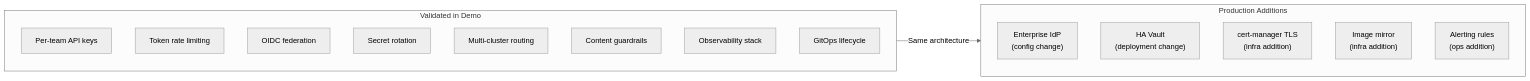
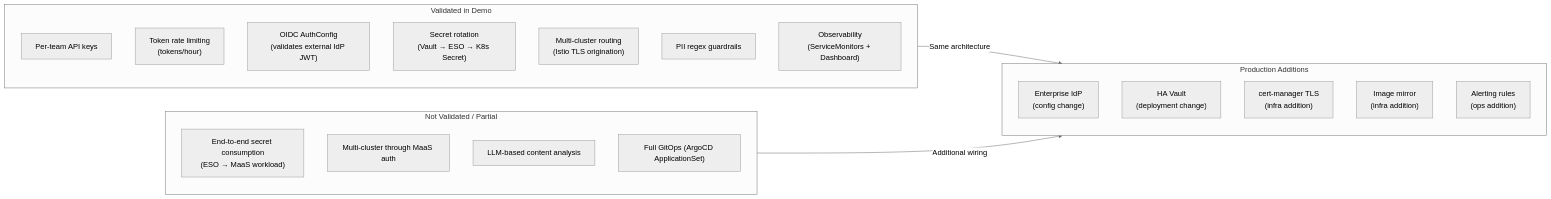
The diagram in docs/gaps-and-considerations.md (rrbanda/maas-demo), drawn with Mermaid (neutral theme) before and after one commit. The commit also changed other lines of this file and 3 other files, not shown here.

````diff
--- a/docs/gaps-and-considerations.md
+++ b/docs/gaps-and-considerations.md
@@ -26,23 +29,30 @@
 ```mermaid
 flowchart LR
     subgraph Validated["Validated in Demo"]
         A["Per-team API keys"]
-        B["Token rate limiting"]
-        C["OIDC federation"]
-        D["Secret rotation"]
-        E["Multi-cluster routing"]
-        F["Content guardrails"]
-        G["Observability stack"]
-        H["GitOps lifecycle"]
+        B["Token rate limiting<br/>(tokens/hour)"]
+        C["OIDC AuthConfig<br/>(validates external IdP JWT)"]
+        D["Secret rotation<br/>(Vault → ESO → K8s Secret)"]
+        E["Multi-cluster routing<br/>(Istio TLS origination)"]
+        F["PII regex guardrails"]
+        G["Observability<br/>(ServiceMonitors + Dashboard)"]
+    end
+
+    subgraph NotValidated["Not Validated / Partial"]
+        H["End-to-end secret consumption<br/>(ESO → MaaS workload)"]
+        I["Multi-cluster through MaaS auth"]
+        J["LLM-based content analysis"]
+        K["Full GitOps (ArgoCD ApplicationSet)"]
     end
 
     subgraph Production["Production Additions"]
-        I["Enterprise IdP<br/>(config change)"]
-        J["HA Vault<br/>(deployment change)"]
-        K["cert-manager TLS<br/>(infra addition)"]
-        L["Image mirror<br/>(infra addition)"]
-        M["Alerting rules<br/>(ops addition)"]
+        L["Enterprise IdP<br/>(config change)"]
+        M["HA Vault<br/>(deployment change)"]
+        N["cert-manager TLS<br/>(infra addition)"]
+        O["Image mirror<br/>(infra addition)"]
+        P["Alerting rules<br/>(ops addition)"]
     end
 
     Validated -->|"Same architecture"| Production
+    NotValidated -->|"Additional wiring"| Production
 ```
````
